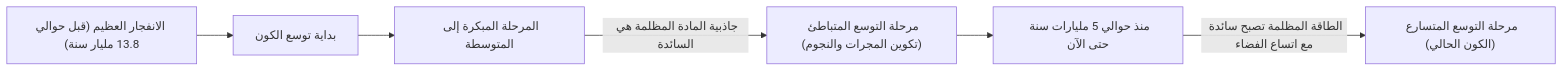
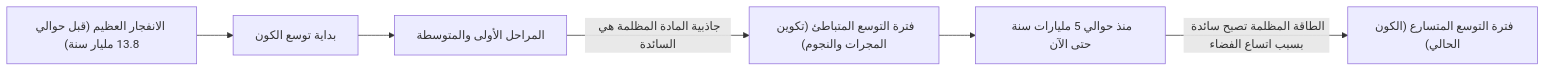
Before and after one commit to kenjinote/blog: the second of 2 diagrams in content/post/dark-matter-dark-energy-mysteries/index.ar.md, drawn with Mermaid. The commit also changed other lines of this file and 12 other files, not shown here.

````diff
--- a/content/post/dark-matter-dark-energy-mysteries/index.ar.md
+++ b/content/post/dark-matter-dark-energy-mysteries/index.ar.md
@@ -83,8 +89,8 @@
 ```mermaid
 graph LR
     A["الانفجار العظيم (قبل حوالي 13.8 مليار سنة)"] --> B["بداية توسع الكون"]
-    B --> C["المرحلة المبكرة إلى المتوسطة"]
-    C -- "جاذبية المادة المظلمة هي السائدة" --> D["مرحلة التوسع المتباطئ (تكوين المجرات والنجوم)"]
+    B --> C["المراحل الأولى والمتوسطة"]
+    C -- "جاذبية المادة المظلمة هي السائدة" --> D["فترة التوسع المتباطئ (تكوين المجرات والنجوم)"]
     D --> E["منذ حوالي 5 مليارات سنة حتى الآن"]
-    E -- "الطاقة المظلمة تصبح سائدة مع اتساع الفضاء" --> F["مرحلة التوسع المتسارع (الكون الحالي)"]
+    E -- "الطاقة المظلمة تصبح سائدة بسبب اتساع الفضاء" --> F["فترة التوسع المتسارع (الكون الحالي)"]
 ```
````
